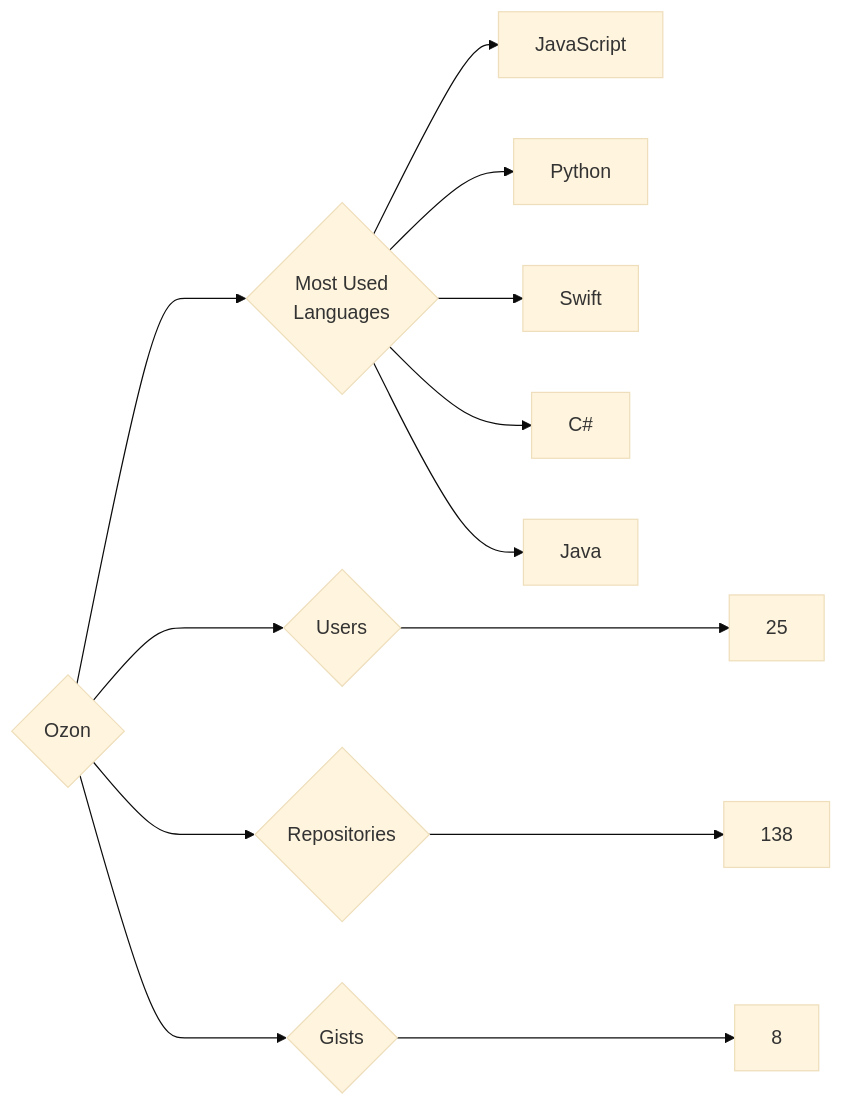
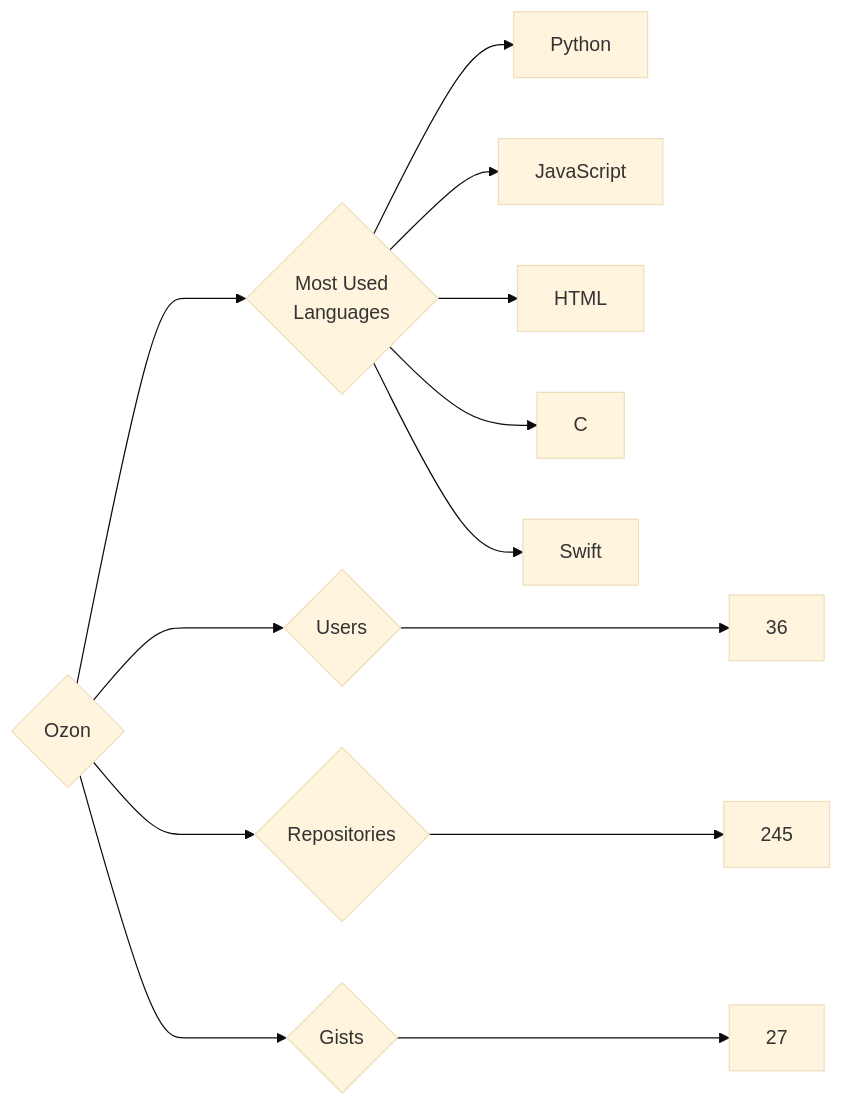
The diagram in targets/Ozon/README.md (trickest/insiders), drawn with Mermaid (base theme) before and after one commit. The commit also changed 972 other files, not shown here.

````diff
--- a/targets/Ozon/README.md
+++ b/targets/Ozon/README.md
@@ -3,13 +3,13 @@
 ```mermaid
 graph LR
 COMPANY_NAME{Ozon}
-COMPANY_NAME ---> U{Users} ---> UN[25]
-COMPANY_NAME ---> R{Repositories} ---> RN[138]
-COMPANY_NAME ---> G{Gists} ---> GN[8]
+COMPANY_NAME ---> U{Users} ---> UN[36]
+COMPANY_NAME ---> R{Repositories} ---> RN[245]
+COMPANY_NAME ---> G{Gists} ---> GN[27]
 COMPANY_NAME ---> ML{Most Used<br>Languages}
+ML --> Python[Python]
 ML --> JavaScript[JavaScript]
-ML --> Python[Python]
+ML --> HTML[HTML]
+ML --> C[C]
 ML --> Swift[Swift]
-ML --> C#[C#]
-ML --> Java[Java]
 ```
````
